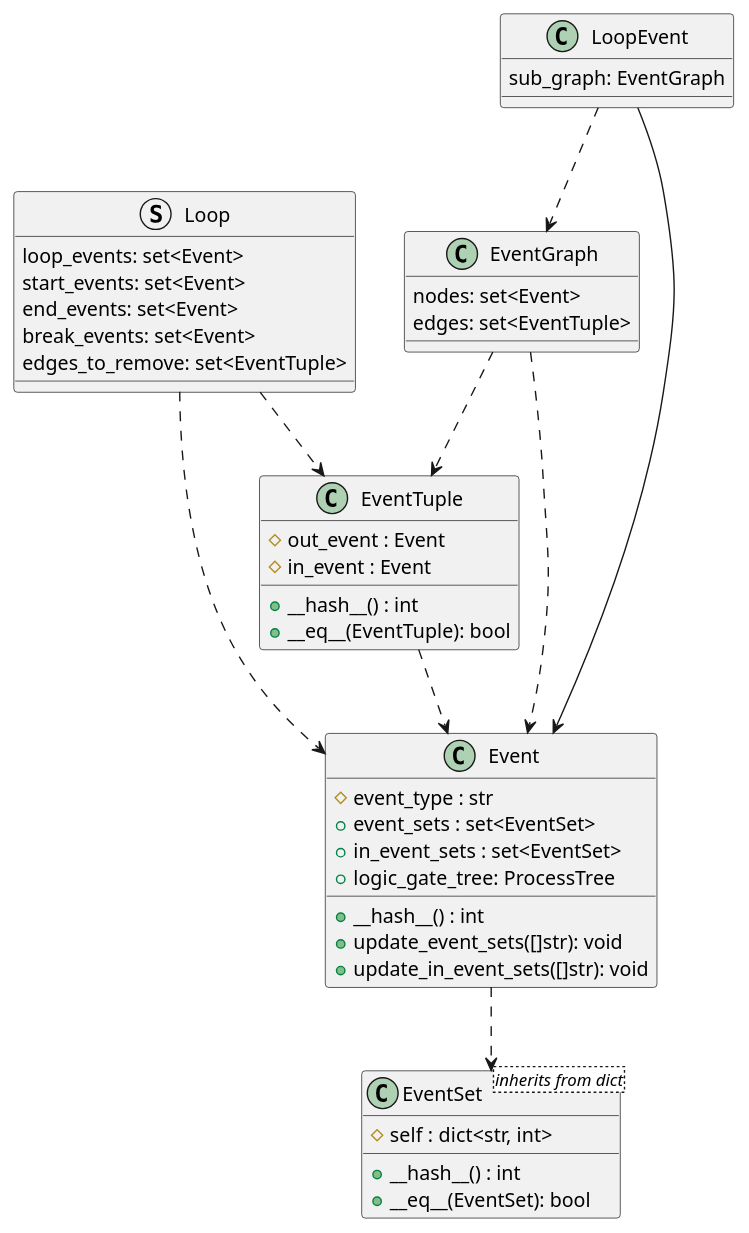
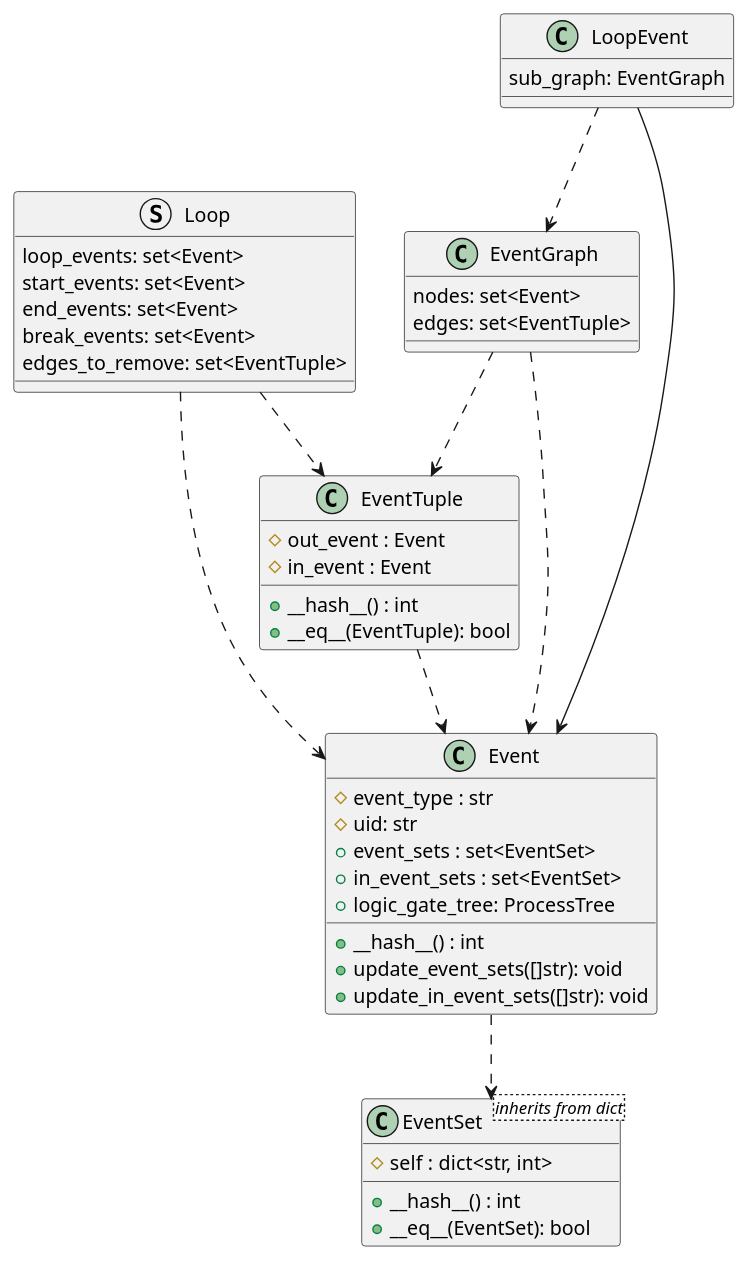
One commit to xtuml/otel2puml changed the diagram in docs/development/design/1-DN-SCC_loop_detection/class_diagrams.puml. Above: the diagram before and after it, drawn with PlantUML. The commit also changed 7 other files, not shown here.

First line of the commit message:
Cdstp 84 design note for nested walking of puml graphs (#77)

```diff
--- a/docs/development/design/1-DN-SCC_loop_detection/class_diagrams.puml
+++ b/docs/development/design/1-DN-SCC_loop_detection/class_diagrams.puml
@@ -1,54 +1,55 @@
 @startuml
 
 class Event {
     #event_type : str
+    #uid: str
     +event_sets : set<EventSet>
     +in_event_sets : set<EventSet>
     +logic_gate_tree: ProcessTree
     +__hash__() : int
     +update_event_sets([]str): void
     +update_in_event_sets([]str): void
 }
 
 struct Loop {
     loop_events: set<Event>
     start_events: set<Event>
     end_events: set<Event>
     break_events: set<Event>
     edges_to_remove: set<EventTuple>
 }
 
 class LoopEvent {
     sub_graph: EventGraph
 }
 
 class EventTuple {
     #out_event : Event
     #in_event : Event
     +__hash__() : int
     +__eq__(EventTuple): bool
 }
 
 
 class EventSet <inherits from dict> {
     #self : dict<str, int>
     +__hash__() : int
     +__eq__(EventSet): bool
 }
 
 class EventGraph {
     nodes: set<Event>
     edges: set<EventTuple>
 }
 
 
 Event ..> EventSet
 EventGraph ..> Event
 EventGraph ..> EventTuple
 EventTuple ..> Event
 LoopEvent --> Event
 Loop ..> EventTuple
 Loop ..> Event
 LoopEvent ..> EventGraph
 
 @enduml
```
